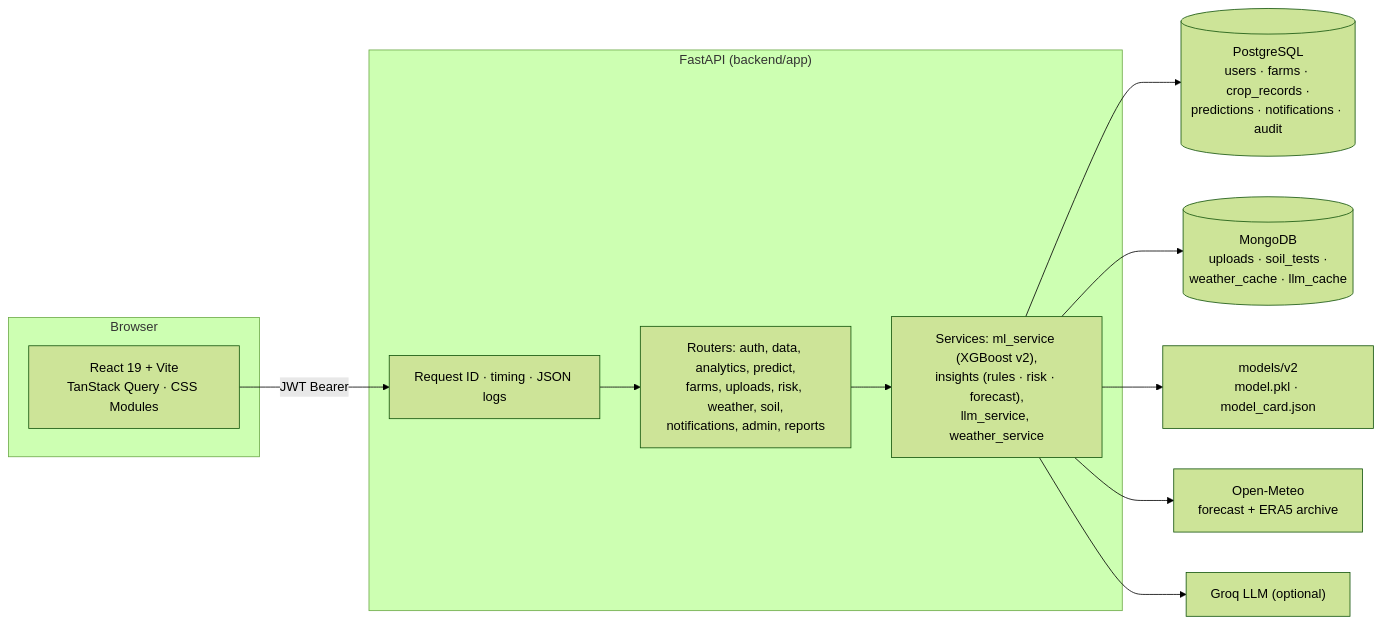
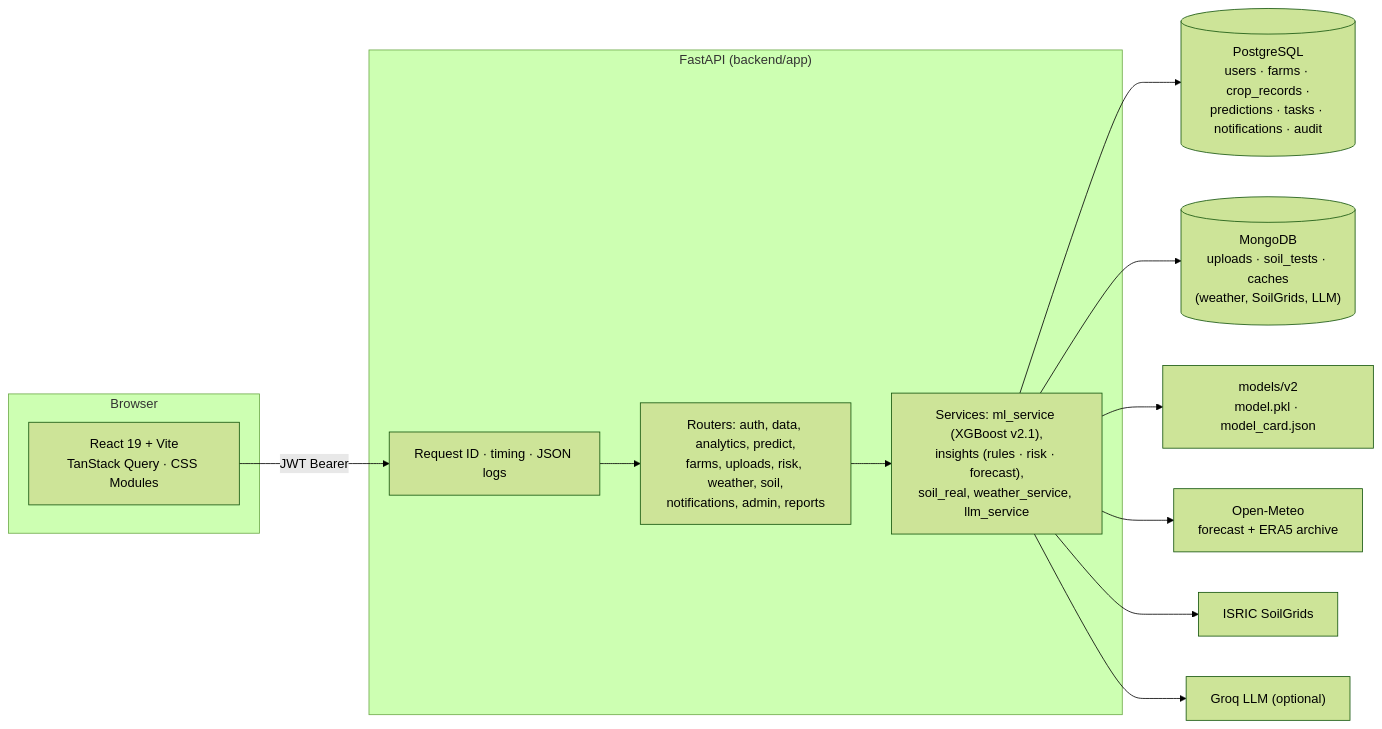
The diagram in README.md (Dprasad17/YieldSense-AI), drawn with Mermaid (forest theme) before and after one commit. The commit also changed other lines of this file, not shown here.

````diff
--- a/README.md
+++ b/README.md
@@ -28,22 +100,24 @@
 ```mermaid
 flowchart LR
   subgraph Browser
     UI["React 19 + Vite<br/>TanStack Query · CSS Modules"]
   end
   subgraph API["FastAPI (backend/app)"]
     MW["Request ID · timing · JSON logs"]
     R["Routers: auth, data, analytics, predict,<br/>farms, uploads, risk, weather, soil,<br/>notifications, admin, reports"]
-    S["Services: ml_service (XGBoost v2),<br/>insights (rules · risk · forecast),<br/>llm_service, weather_service"]
+    S["Services: ml_service (XGBoost v2.1),<br/>insights (rules · risk · forecast),<br/>soil_real, weather_service, llm_service"]
   end
-  PG[("PostgreSQL<br/>users · farms · crop_records ·<br/>predictions · notifications · audit")]
-  MG[("MongoDB<br/>uploads · soil_tests ·<br/>weather_cache · llm_cache")]
+  PG[("PostgreSQL<br/>users · farms · crop_records ·<br/>predictions · tasks · notifications · audit")]
+  MG[("MongoDB<br/>uploads · soil_tests · caches<br/>(weather, SoilGrids, LLM)")]
   M["models/v2<br/>model.pkl · model_card.json"]
   OM["Open-Meteo<br/>forecast + ERA5 archive"]
+  SG["ISRIC SoilGrids"]
   GQ["Groq LLM (optional)"]
   UI -- "JWT Bearer" --> MW --> R --> S
   S --> PG
   S --> MG
   S --> M
   S --> OM
+  S --> SG
   S --> GQ
 ```
````
